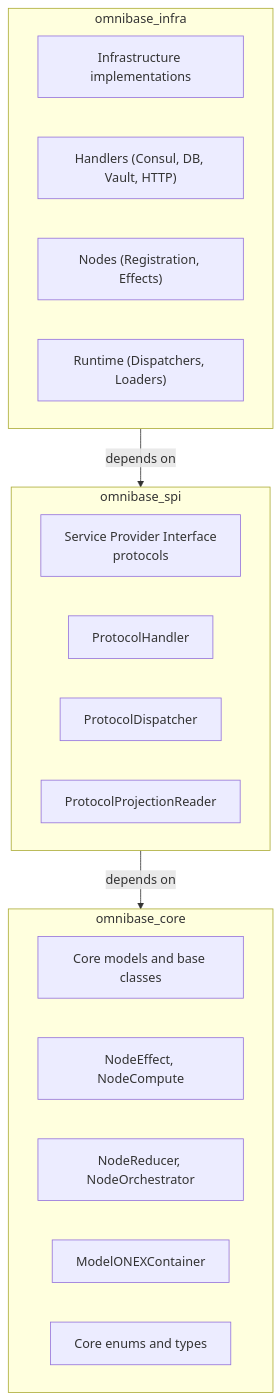
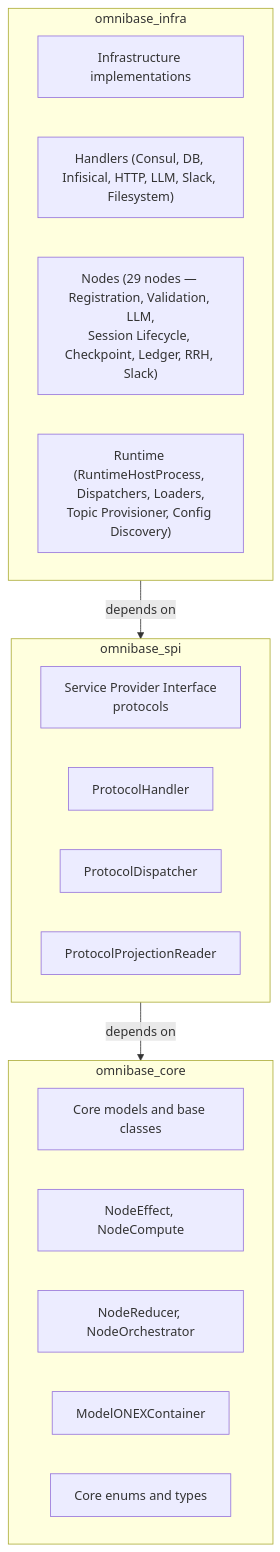
Before and after one commit to OmniNode-ai/omnibase_infra: the fifth of 5 diagrams in docs/architecture/overview.md, drawn with Mermaid. The commit also changed other lines of this file and 100 other files, not shown here.

````diff
--- a/docs/architecture/overview.md
+++ b/docs/architecture/overview.md
@@ -760,30 +821,30 @@
 ```mermaid
 flowchart TB
     accTitle: ONEX Package Layering
-    accDescr: Dependency diagram showing the three-layer package architecture. omnibase_infra at the top contains infrastructure implementations including handlers for Consul, DB, Vault, and HTTP, plus nodes and runtime components. It depends on omnibase_spi which provides Service Provider Interface protocols like ProtocolHandler, ProtocolDispatcher, and ProtocolProjectionReader. Both depend on omnibase_core at the bottom which provides core models and base classes including NodeEffect, NodeCompute, NodeReducer, NodeOrchestrator, ModelONEXContainer, and core enums.
+    accDescr: Dependency diagram showing the three-layer package architecture. omnibase_infra at the top contains infrastructure implementations including handlers for Consul, DB, Infisical, HTTP, LLM, and Slack, plus 29 nodes across 8 functional families and the RuntimeHostProcess. It depends on omnibase_spi which provides Service Provider Interface protocols. Both depend on omnibase_core at the bottom which provides core models and base classes.
 
     subgraph INFRA["omnibase_infra"]
         I1[Infrastructure implementations]
-        I2["Handlers (Consul, DB, Vault, HTTP)"]
-        I3["Nodes (Registration, Effects)"]
-        I4["Runtime (Dispatchers, Loaders)"]
+        I2["Handlers (Consul, DB, Infisical, HTTP, LLM, Slack, Filesystem)"]
+        I3["Nodes (29 nodes — Registration, Validation, LLM,\nSession Lifecycle, Checkpoint, Ledger, RRH, Slack)"]
+        I4["Runtime (RuntimeHostProcess, Dispatchers, Loaders,\nTopic Provisioner, Config Discovery)"]
     end
 
     subgraph SPI["omnibase_spi"]
         S1[Service Provider Interface<br/>protocols]
         S2[ProtocolHandler]
         S3[ProtocolDispatcher]
         S4[ProtocolProjectionReader]
     end
 
     subgraph CORE["omnibase_core"]
         C1[Core models and base classes]
         C2["NodeEffect, NodeCompute"]
         C3["NodeReducer, NodeOrchestrator"]
         C4[ModelONEXContainer]
         C5[Core enums and types]
     end
 
     INFRA -->|depends on| SPI
     SPI -->|depends on| CORE
 ```
````
